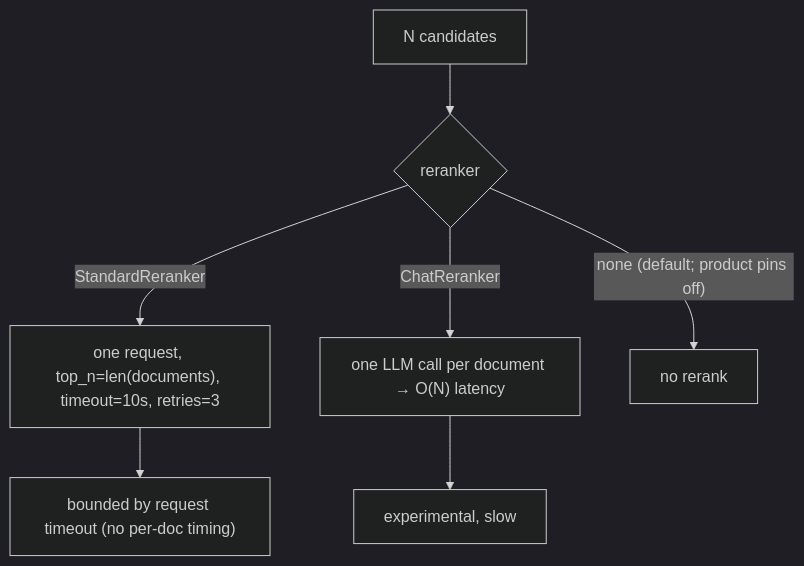
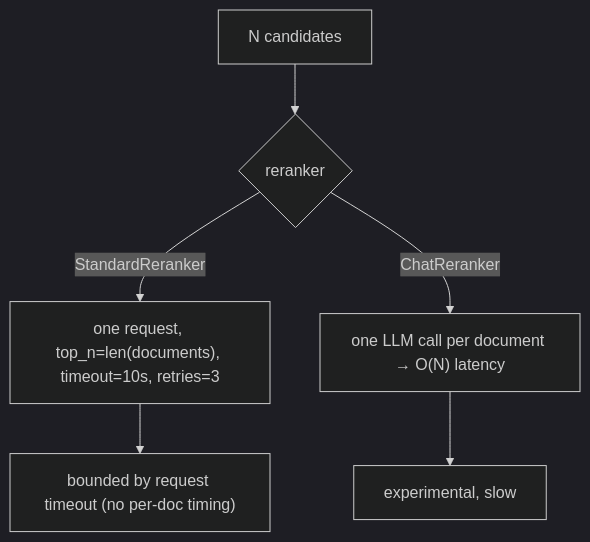
Before and after one commit to michaelatamuk/openjiuwen-knowledge: the ninth of 12 diagrams in content/topics/11-retrieval-and-ranking.md, drawn with Mermaid (dark theme). The commit also changed other lines of this file and 58 other files, not shown here.

````diff
--- a/content/topics/11-retrieval-and-ranking.md
+++ b/content/topics/11-retrieval-and-ranking.md
@@ -220,9 +236,8 @@
 ```mermaid
 flowchart TD
     CAND["N candidates"] --> S{"reranker"}
     S -->|StandardReranker| ONE["one request, top_n=len(documents), timeout=10s, retries=3"]
     S -->|ChatReranker| PER["one LLM call per document → O(N) latency"]
-    S -->|"none (default; product pins off)"| SKIP["no rerank"]
     ONE --> OK["bounded by request timeout (no per-doc timing)"]
     PER --> EXP["experimental, slow"]
 ```
````
